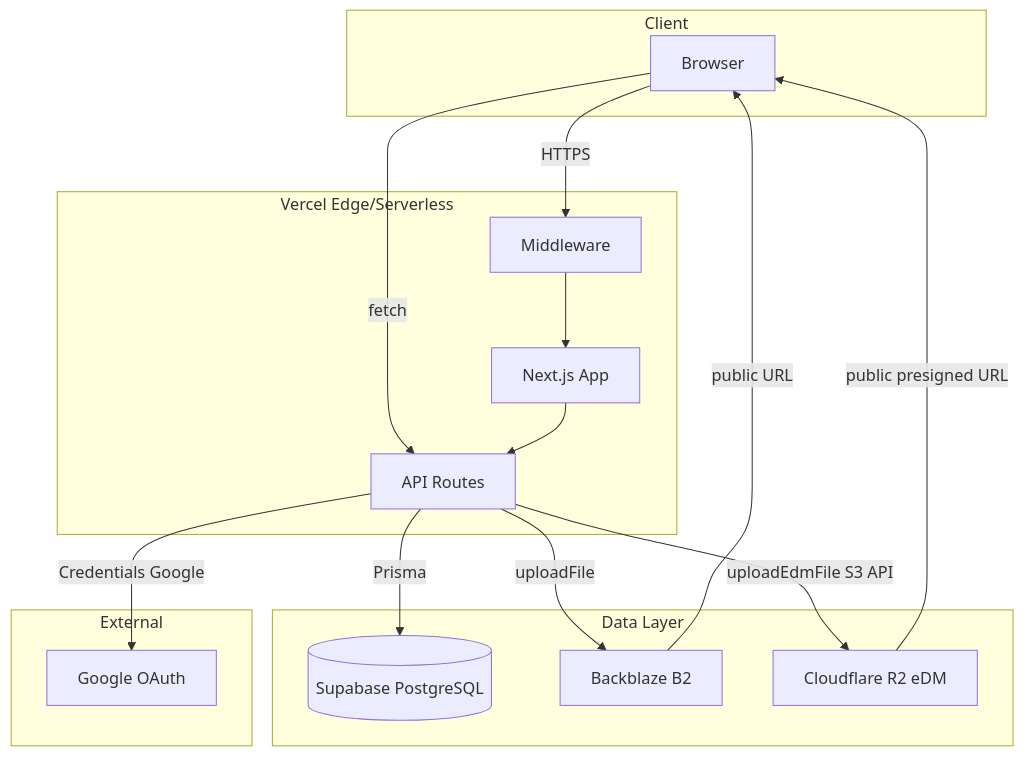
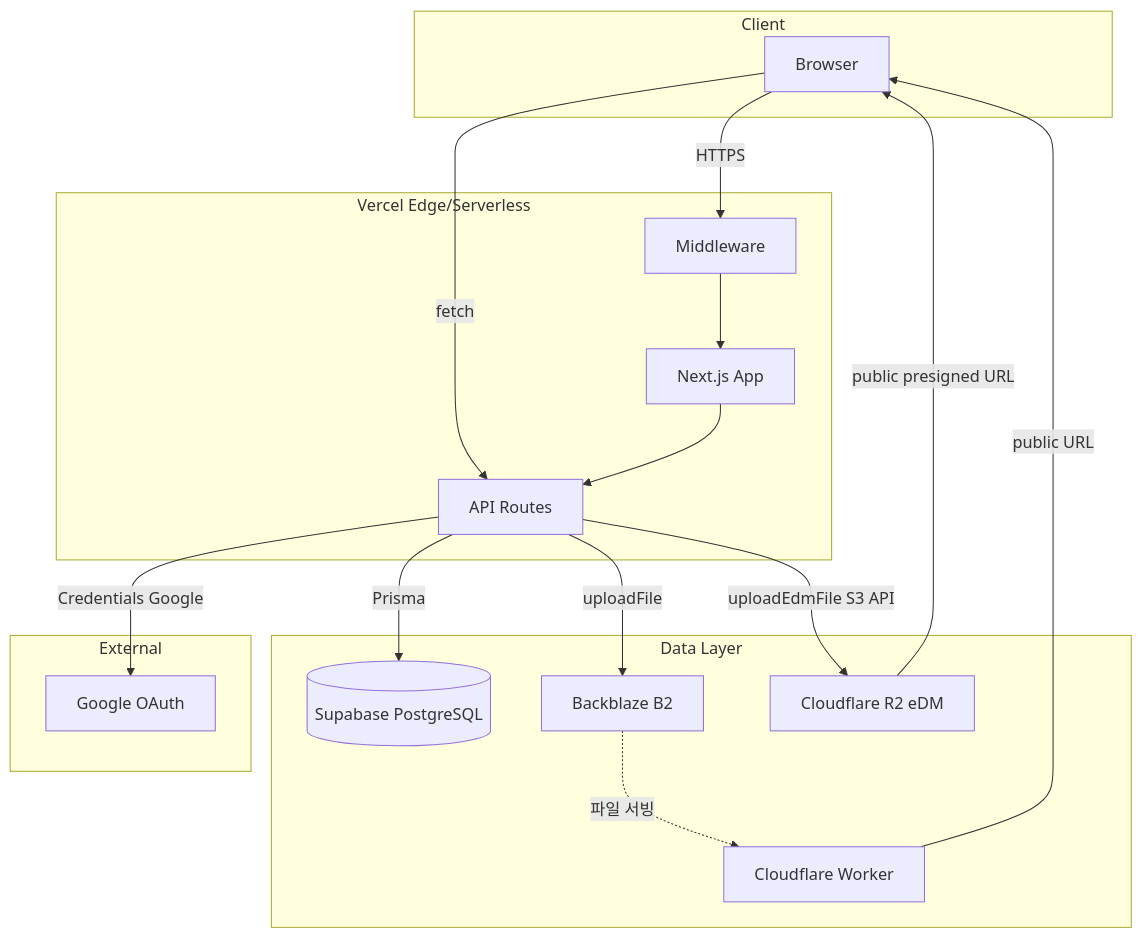
Before and after one commit to penta-design5/design5: the diagram in docs/SYSTEM_ARCHITECTURE.md, drawn with Mermaid. The commit also changed other lines of this file and 6 other files, not shown here.

Commit message:
개발문서 업데이트 b2+cloudflare with worker

````diff
--- a/docs/SYSTEM_ARCHITECTURE.md
+++ b/docs/SYSTEM_ARCHITECTURE.md
@@ -7,33 +7,35 @@
 ```mermaid
 flowchart TB
   subgraph client["Client"]
     Browser[Browser]
   end
 
   subgraph vercel["Vercel Edge/Serverless"]
     NextJS["Next.js App"]
     API[API Routes]
     Middleware[Middleware]
   end
 
   subgraph data["Data Layer"]
     SupabaseDB[(Supabase PostgreSQL)]
     B2[Backblaze B2]
+    CFWorker[Cloudflare Worker]
     R2["Cloudflare R2 eDM"]
   end
 
   subgraph external["External"]
     GoogleOAuth[Google OAuth]
   end
 
   Browser -->|HTTPS| Middleware
   Middleware --> NextJS
   Browser -->|fetch| API
   NextJS --> API
   API -->|Prisma| SupabaseDB
   API -->|uploadFile| B2
   API -->|uploadEdmFile S3 API| R2
   API -->|Credentials Google| GoogleOAuth
-  B2 -->|public URL| Browser
+  B2 -.->|"파일 서빙"| CFWorker
+  CFWorker -->|public URL| Browser
   R2 -->|public presigned URL| Browser
 ```
````
